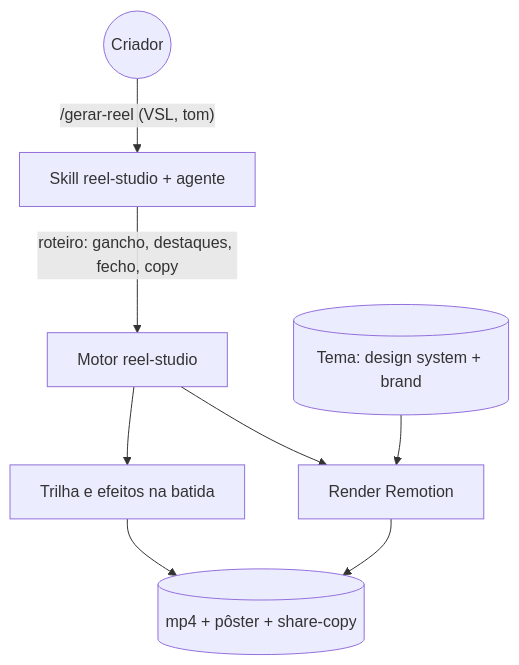
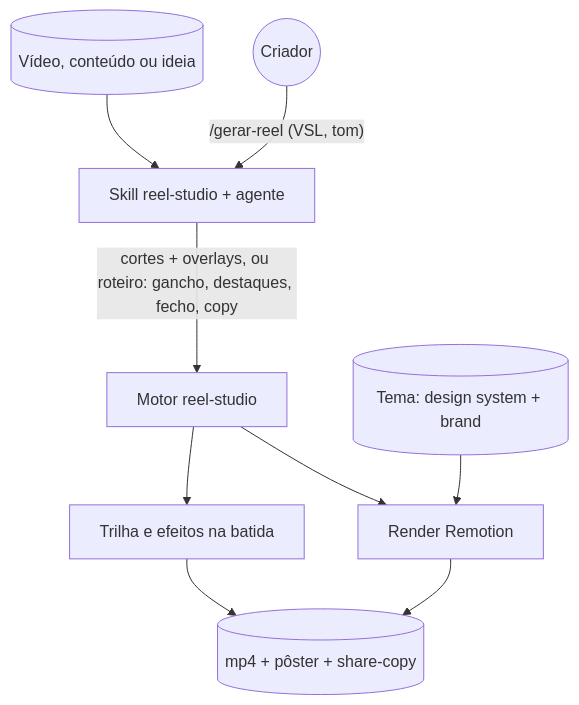
One commit to nathanramorim/reel-studio changed the first of 3 diagrams in sdd/discovery/05-vsl-premium/criteria.md. Above: the diagram before and after it, drawn with Mermaid. The commit also changed other lines of this file and 3 other files, not shown here.

Commit message:
docs: discovery 05 com três entradas (vídeo, conteúdo, livre), voz original e o que não regredir

````diff
--- a/sdd/discovery/05-vsl-premium/criteria.md
+++ b/sdd/discovery/05-vsl-premium/criteria.md
@@ -40,11 +44,12 @@
 ```mermaid
 graph TB
   User((Criador)) -->|"/gerar-reel (VSL, tom)"| Skill[Skill reel-studio + agente]
-  Skill -->|roteiro: gancho, destaques, fecho, copy| CLI[Motor reel-studio]
+  Media[(Vídeo, conteúdo ou ideia)] --> Skill
+  Skill -->|cortes + overlays, ou roteiro: gancho, destaques, fecho, copy| CLI[Motor reel-studio]
   CLI --> Render[Render Remotion]
   CLI --> Music[Trilha e efeitos na batida]
   Theme[(Tema: design system + brand)] --> Render
   Out[(mp4 + pôster + share-copy)] 
   Render --> Out
   Music --> Out
 ```
````
